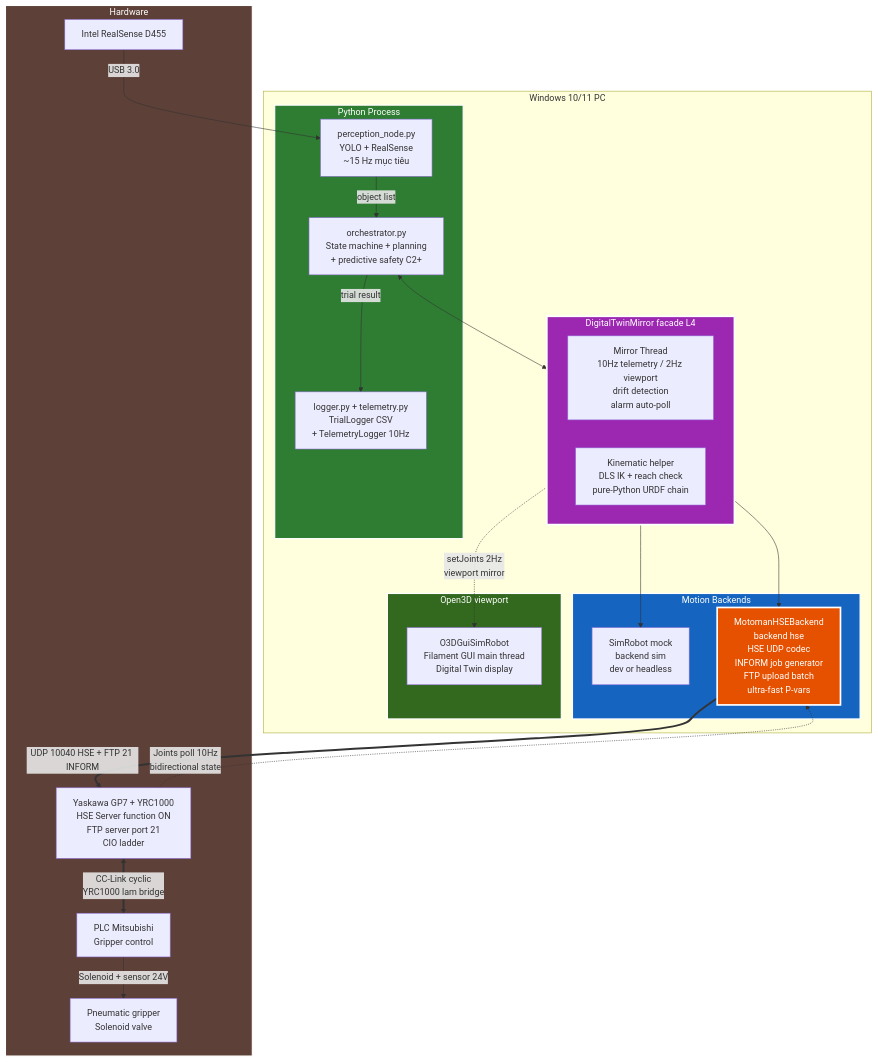
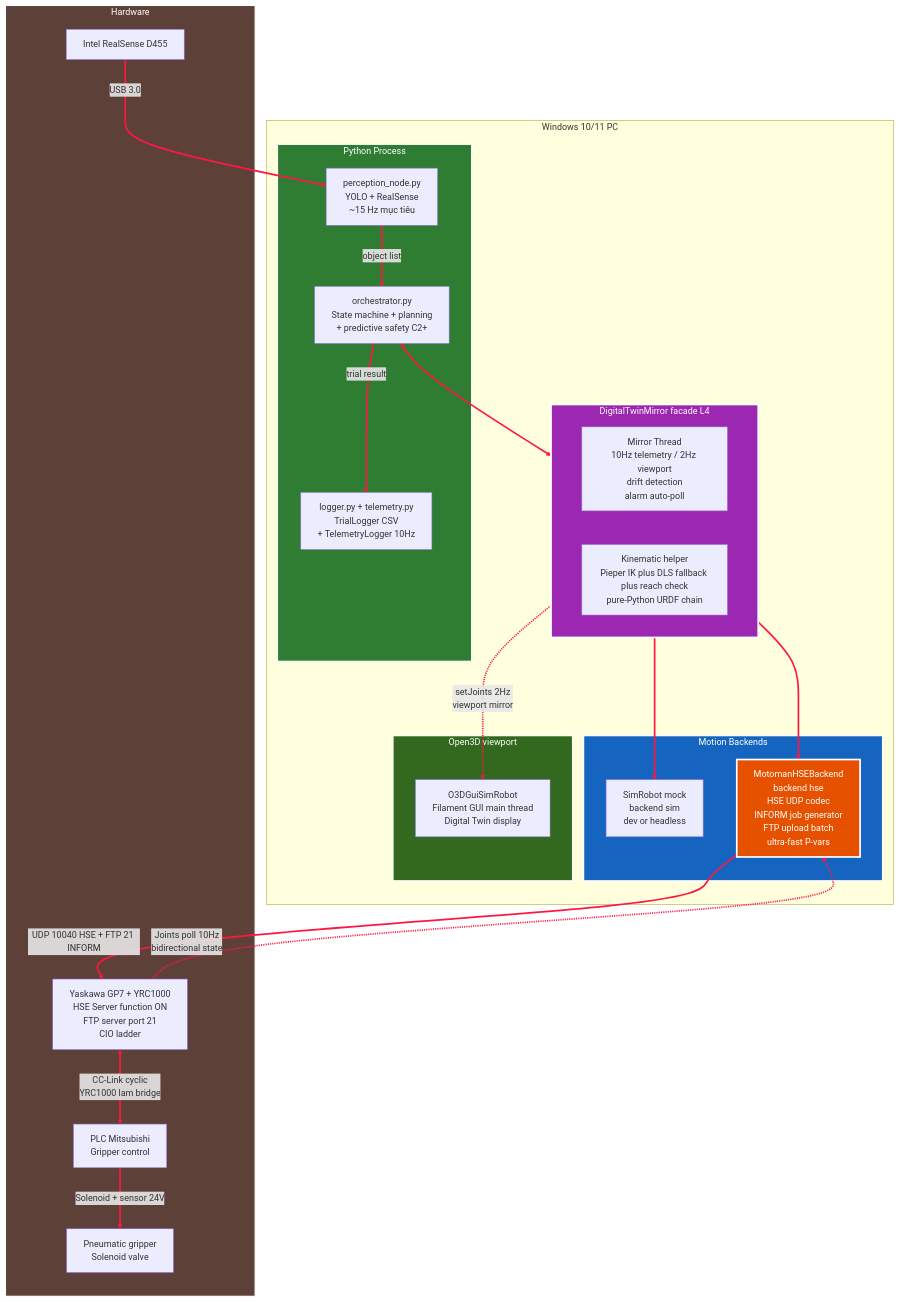
One commit to manhhv87/DTwinGP7 changed the second of 14 diagrams in docs/phat_bieu_bai_toan_v3_2_HD.md. Above: the diagram before and after it, drawn with Mermaid. The commit also changed other lines of this file and 26 other files, not shown here.

````diff
--- a/docs/phat_bieu_bai_toan_v3_2_HD.md
+++ b/docs/phat_bieu_bai_toan_v3_2_HD.md
@@ -64,52 +66,54 @@
 ```mermaid
+%%{init: {'flowchart': {'nodeSpacing': 60, 'rankSpacing': 85, 'useMaxWidth': false}}}%%
 flowchart TB
     subgraph PC["Windows 10/11 PC"]
         subgraph PY["Python Process"]
             P1[perception_node.py<br/>YOLO + RealSense<br/>~15 Hz mục tiêu]
             P2[orchestrator.py<br/>State machine + planning<br/>+ predictive safety C2+]
             P3[logger.py + telemetry.py<br/>TrialLogger CSV<br/>+ TelemetryLogger 10Hz]
             P1 -->|object list| P2
             P2 -->|trial result| P3
         end
 
         subgraph DT["DigitalTwinMirror facade L4"]
             DTm[Mirror Thread<br/>10Hz telemetry / 2Hz viewport<br/>drift detection<br/>alarm auto-poll]
-            DTk[Kinematic helper<br/>DLS IK + reach check<br/>pure-Python URDF chain]
+            DTk[Kinematic helper<br/>Pieper IK plus DLS fallback plus reach check<br/>pure-Python URDF chain]
         end
 
         subgraph BE["Motion Backends"]
             BE1[SimRobot mock<br/>backend sim<br/>dev or headless]
             BE3[MotomanHSEBackend<br/>backend hse<br/>HSE UDP codec<br/>INFORM job generator<br/>FTP upload batch<br/>ultra-fast P-vars]
         end
 
         subgraph VP["Open3D viewport"]
             R1[O3DGuiSimRobot<br/>Filament GUI main thread<br/>Digital Twin display]
         end
 
         P2 <--> DT
         DT --> BE1
         DT --> BE3
         DT -.->|setJoints 2Hz<br/>viewport mirror| R1
     end
 
     subgraph HW["Hardware"]
         CAM[Intel RealSense D455]
         GP7[Yaskawa GP7 + YRC1000<br/>HSE Server function ON<br/>FTP server port 21<br/>CIO ladder]
         PLC[PLC Mitsubishi<br/>Gripper control]
         GRIP[Pneumatic gripper<br/>Solenoid valve]
     end
 
     CAM -->|USB 3.0| P1
 
     BE3 ==>|UDP 10040 HSE + FTP 21 INFORM| GP7
     GP7 -.->|Joints poll 10Hz<br/>bidirectional state| BE3
     GP7 <==>|CC-Link cyclic<br/>YRC1000 lam bridge| PLC
     PLC -->|Solenoid + sensor 24V| GRIP
 
     style PY fill:#2E7D32,stroke:#fff,stroke-width:2px,color:#fff
     style DT fill:#9C27B0,stroke:#fff,stroke-width:3px,color:#fff
     style BE fill:#1565C0,stroke:#fff,stroke-width:2px,color:#fff
     style VP fill:#33691E,stroke:#fff,stroke-width:2px,color:#fff
     style HW fill:#5D4037,stroke:#fff,stroke-width:2px,color:#fff
     style BE3 fill:#E65100,stroke:#fff,stroke-width:3px,color:#fff
+    linkStyle default stroke:#FF1744,stroke-width:3px
 ```
````
